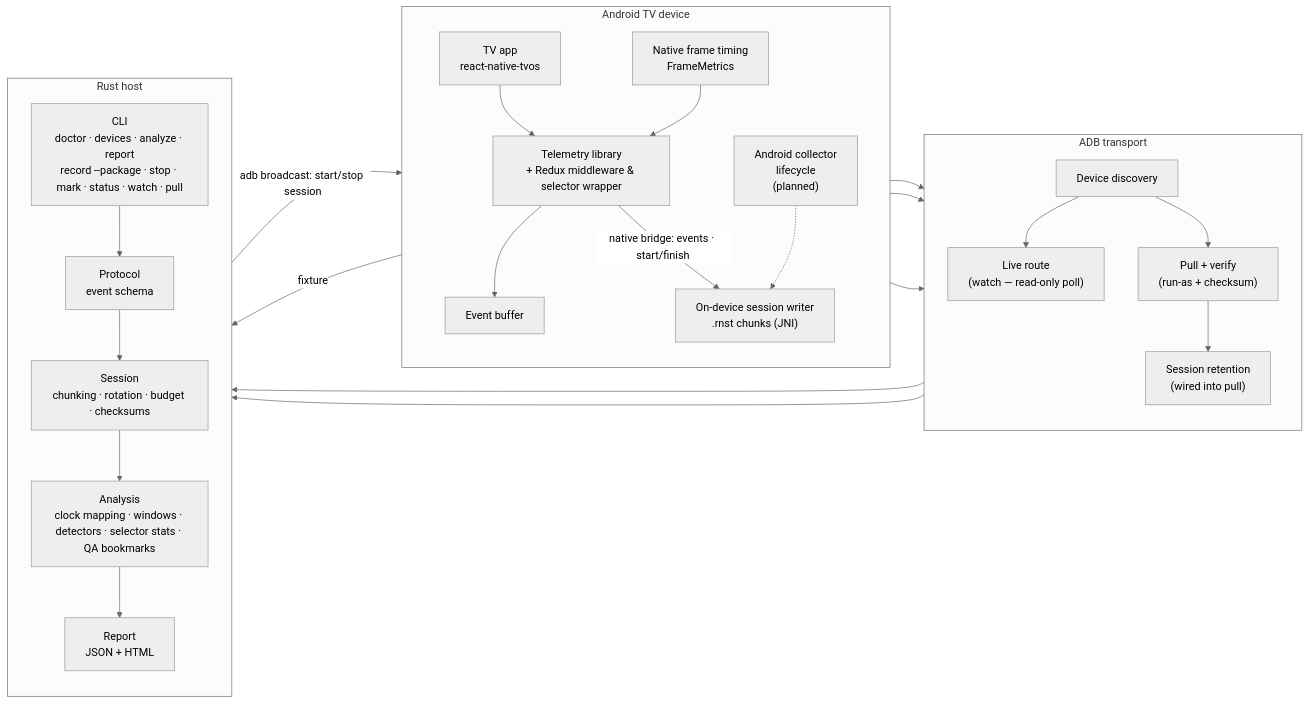
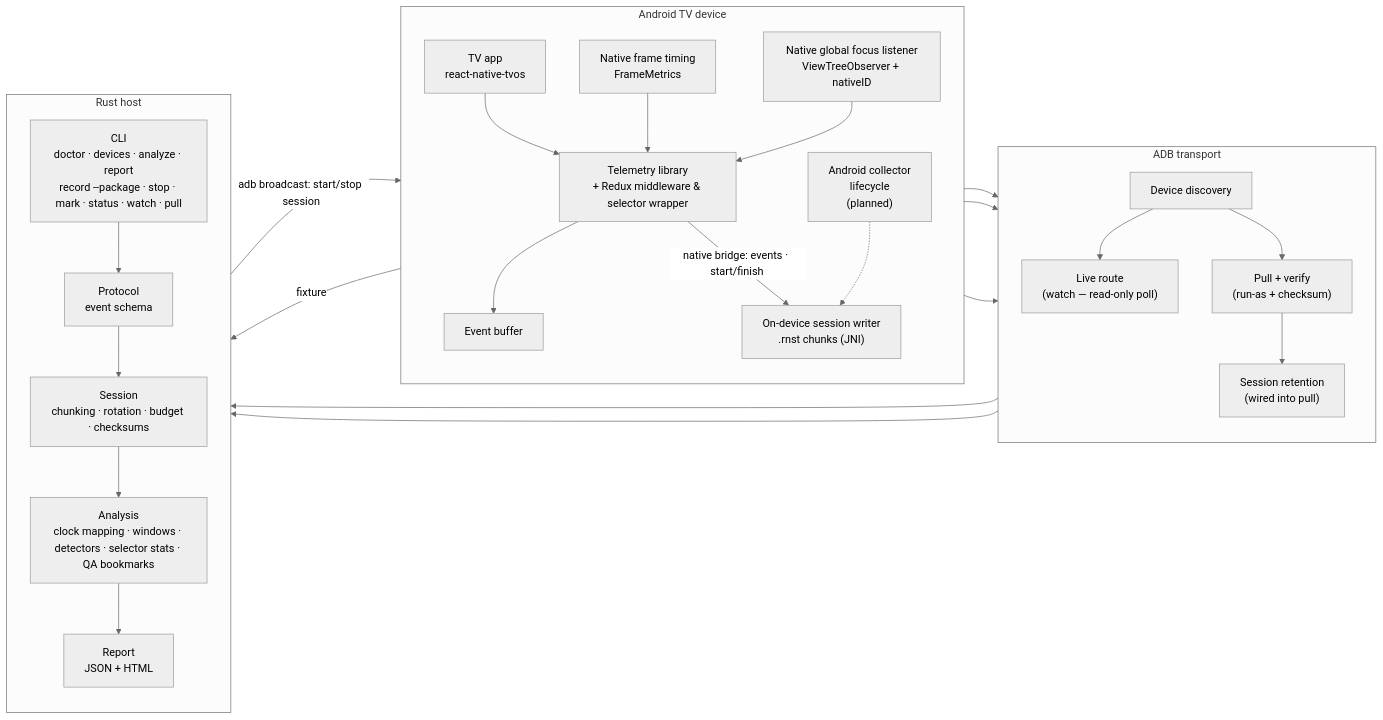
The diagram in diagrams/architecture.mmd (undrafted/rn-android-tv-session-telemetry), drawn with Mermaid before and after one commit. The commit also changed 12 other files, not shown here.

Commit message:
Replace FocusableView with a zero-footprint native global focus listener

```diff
--- a/diagrams/architecture.mmd
+++ b/diagrams/architecture.mmd
@@ -1,45 +1,47 @@
 %%{init: {"theme": "neutral"}}%%
 flowchart LR
     subgraph Device["Android TV device"]
         direction TB
         App["TV app<br/>react-native-tvos"]
         Lib["Telemetry library<br/>+ Redux middleware & selector wrapper"]
         Buffer["Event buffer"]
         FrameTiming["Native frame timing<br/>FrameMetrics"]
+        GlobalFocus["Native global focus listener<br/>ViewTreeObserver + nativeID"]
         Collector["Android collector<br/>lifecycle<br/>(planned)"]
         Writer["On-device session writer<br/>.rnst chunks (JNI)"]
         App --> Lib
         FrameTiming --> Lib
+        GlobalFocus --> Lib
         Lib --> Buffer
         Lib -->|native bridge: events · start/finish| Writer
         Collector -.-> Writer
     end
 
     subgraph Transport["ADB transport"]
         direction TB
         Discover["Device discovery"]
         LiveRoute["Live route<br/>(watch — read-only poll)"]
         Pull["Pull + verify<br/>(run-as + checksum)"]
         Retain["Session retention<br/>(wired into pull)"]
         Discover --> LiveRoute
         Discover --> Pull
         Pull --> Retain
     end
 
     subgraph Host["Rust host"]
         direction TB
         CLI["CLI<br/>doctor · devices · analyze · report<br/>record --package · stop · mark · status · watch · pull"]
         Protocol["Protocol<br/>event schema"]
         SessionCrate["Session<br/>chunking · rotation · budget · checksums"]
         Analysis["Analysis<br/>clock mapping · windows · detectors · selector stats · QA bookmarks"]
         Report["Report<br/>JSON + HTML"]
         CLI --> Protocol --> SessionCrate --> Analysis --> Report
     end
 
     App --> Discover
     Writer --> Pull
     Writer --> LiveRoute
     Pull --> CLI
     LiveRoute --> CLI
     Buffer -->|fixture| CLI
     CLI -->|adb broadcast: start/stop session| Writer
```
